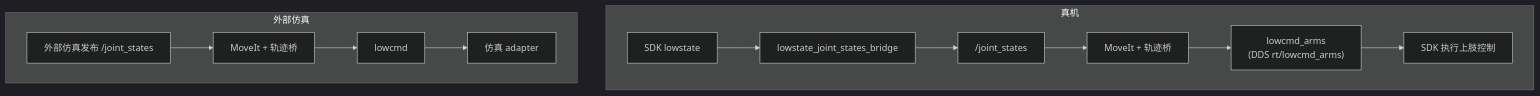
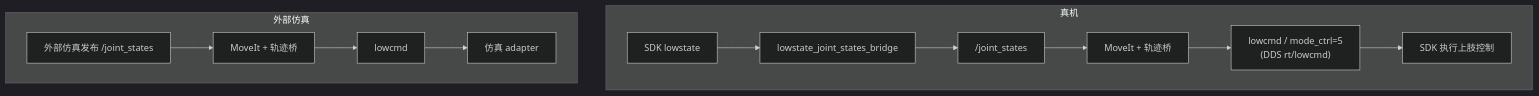
The fifth of 5 diagrams in src/qiling_s4/PROJECT_DIAGRAMS.md (qi-robotics/qiling_carry_box), drawn with Mermaid (dark theme) before and after one commit. The commit also changed other lines of this file and 14 other files, not shown here.

````diff
--- a/src/qiling_s4/PROJECT_DIAGRAMS.md
+++ b/src/qiling_s4/PROJECT_DIAGRAMS.md
@@ -146,16 +146,16 @@
 ```mermaid
 flowchart TB
     subgraph Real["真机"]
         R1["SDK lowstate"] --> R2["lowstate_joint_states_bridge"]
         R2 --> R3["/joint_states"]
         R3 --> R4["MoveIt + 轨迹桥"]
-        R4 --> R5["lowcmd_arms<br/>(DDS rt/lowcmd_arms)"]
+        R4 --> R5["lowcmd / mode_ctrl=5<br/>(DDS rt/lowcmd)"]
         R5 --> R6["SDK 执行上肢控制"]
     end
 
     subgraph Sim["外部仿真"]
         S1["外部仿真发布 /joint_states"] --> S2["MoveIt + 轨迹桥"]
         S2 --> S3["lowcmd"]
         S3 --> S4["仿真 adapter"]
     end
 ```
````
